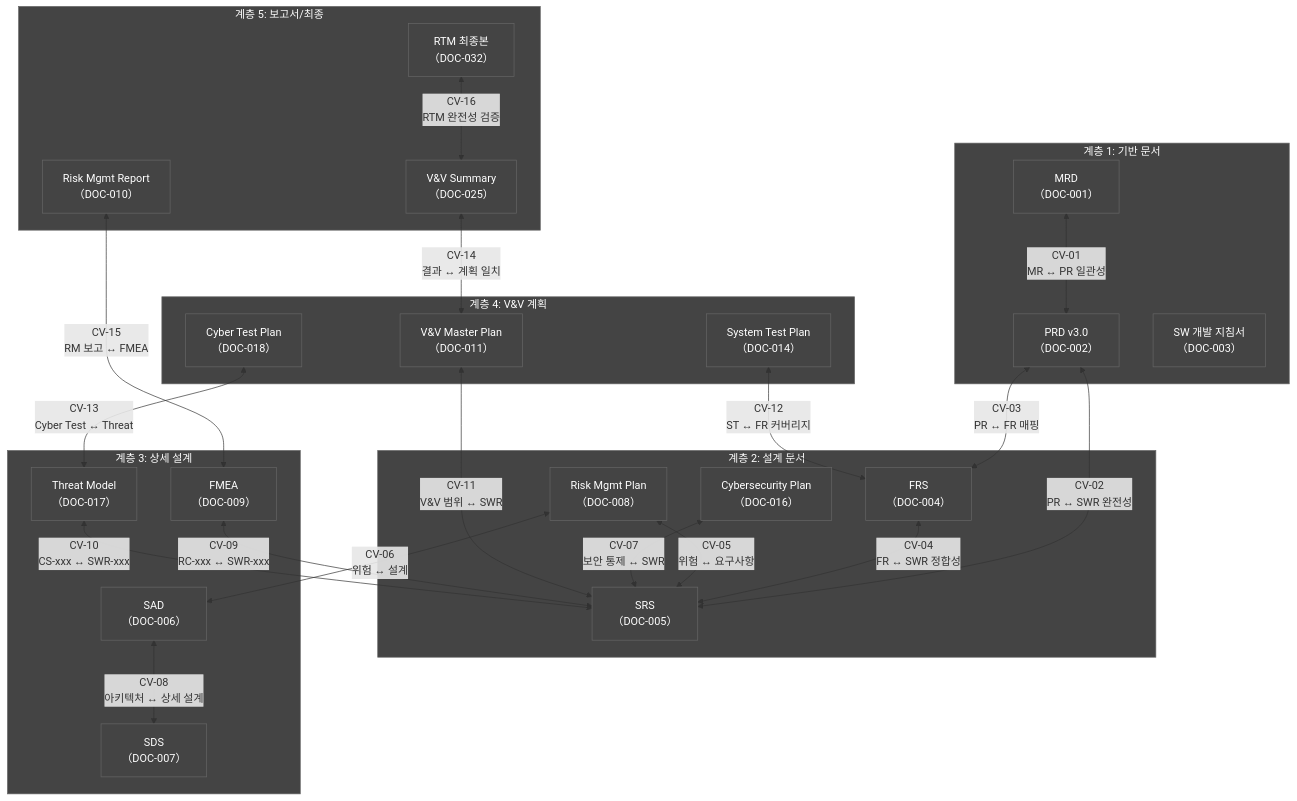
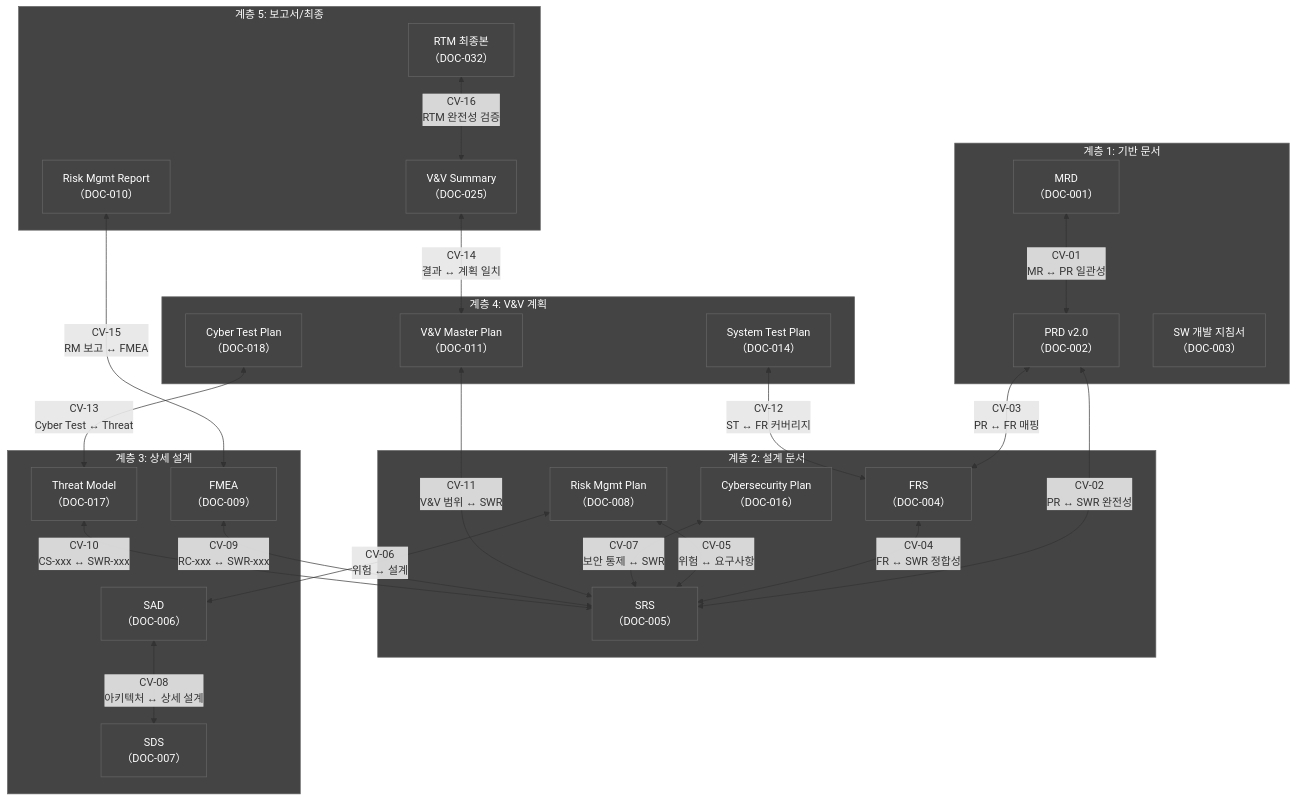
Before and after one commit to holee9/console-gui: the sixth of 9 diagrams in docs/management/DMP-001_DMP_v1.0.md, drawn with Mermaid. The commit also changed other lines of this file and 11 other files, not shown here.

````diff
--- a/docs/management/DMP-001_DMP_v1.0.md
+++ b/docs/management/DMP-001_DMP_v1.0.md
@@ -723,58 +723,58 @@
 ```mermaid
 flowchart TD
     classDef default fill:#444,stroke:#666,color:#fff
     subgraph TIER1["계층 1: 기반 문서"]
         MRD_V["MRD\n（DOC-001）"]
-        PRD_V["PRD v3.0\n（DOC-002）"]
+        PRD_V["PRD v2.0\n（DOC-002）"]
         SDG_V["SW 개발 지침서\n（DOC-003）"]
     end
 
     subgraph TIER2["계층 2: 설계 문서"]
         FRS_V["FRS\n（DOC-004）"]
         SRS_V["SRS\n（DOC-005）"]
         RMP_V["Risk Mgmt Plan\n（DOC-008）"]
         CMP_V["Cybersecurity Plan\n（DOC-016）"]
     end
 
     subgraph TIER3["계층 3: 상세 설계"]
         SAD_V["SAD\n（DOC-006）"]
         SDS_V["SDS\n（DOC-007）"]
         FMEA_V["FMEA\n（DOC-009）"]
         TMA_V["Threat Model\n（DOC-017）"]
     end
 
     subgraph TIER4["계층 4: V&V 계획"]
         VVP_V["V&V Master Plan\n（DOC-011）"]
         STP_V["System Test Plan\n（DOC-014）"]
         CTP_V["Cyber Test Plan\n（DOC-018）"]
     end
 
     subgraph TIER5["계층 5: 보고서/최종"]
         VVR_V["V&V Summary\n（DOC-025）"]
         RMR_V["Risk Mgmt Report\n（DOC-010）"]
         RTM_V["RTM 최종본\n（DOC-032）"]
     end
 
     MRD_V <-->|"CV-01\nMR ↔ PR 일관성"| PRD_V
     PRD_V <-->|"CV-02\nPR ↔ SWR 완전성"| SRS_V
     PRD_V <-->|"CV-03\nPR ↔ FR 매핑"| FRS_V
     FRS_V <-->|"CV-04\nFR ↔ SWR 정합성"| SRS_V
     RMP_V <-->|"CV-05\n위험 ↔ 요구사항"| SRS_V
     RMP_V <-->|"CV-06\n위험 ↔ 설계"| SAD_V
     CMP_V <-->|"CV-07\n보안 통제 ↔ SWR"| SRS_V
     SAD_V <-->|"CV-08\n아키텍처 ↔ 상세 설계"| SDS_V
     FMEA_V <-->|"CV-09\nRC-xxx ↔ SWR-xxx"| SRS_V
     TMA_V <-->|"CV-10\nCS-xxx ↔ SWR-xxx"| SRS_V
     VVP_V <-->|"CV-11\nV&V 범위 ↔ SWR"| SRS_V
     STP_V <-->|"CV-12\nST ↔ FR 커버리지"| FRS_V
     CTP_V <-->|"CV-13\nCyber Test ↔ Threat"| TMA_V
     VVR_V <-->|"CV-14\n결과 ↔ 계획 일치"| VVP_V
     RMR_V <-->|"CV-15\nRM 보고 ↔ FMEA"| FMEA_V
     RTM_V <-->|"CV-16\nRTM 완전성 검증"| VVR_V
 
     style TIER1 fill:#444,stroke:#666,color:#fff
     style TIER2 fill:#444,stroke:#666,color:#fff
     style TIER3 fill:#444,stroke:#666,color:#fff
     style TIER4 fill:#444,stroke:#666,color:#fff
     style TIER5 fill:#444,stroke:#666,color:#fff
 ```
````
